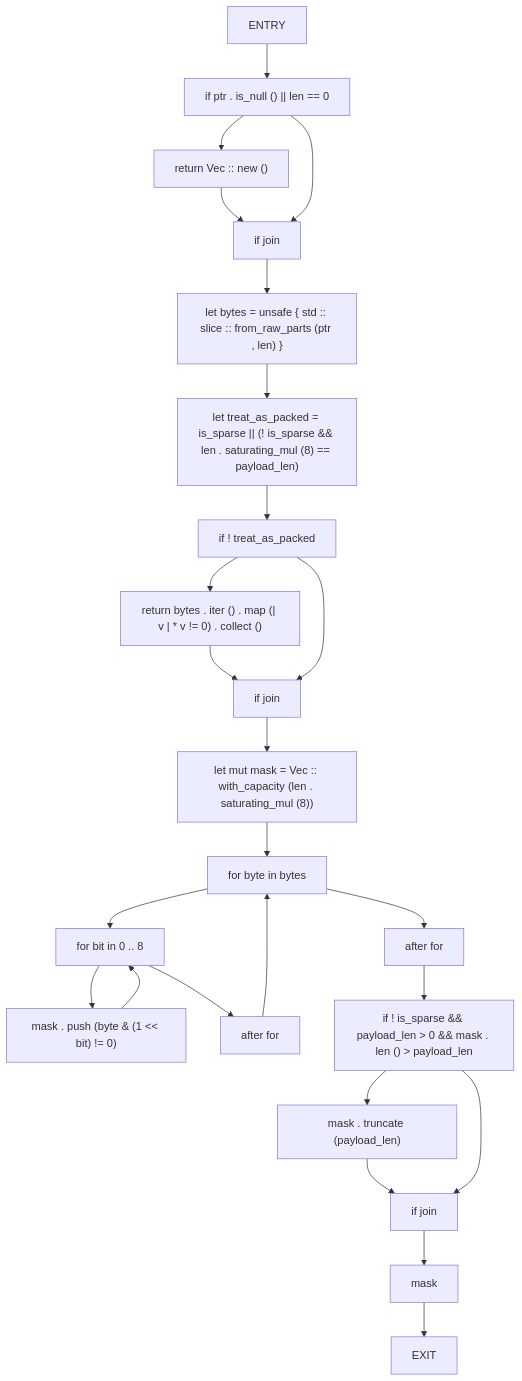
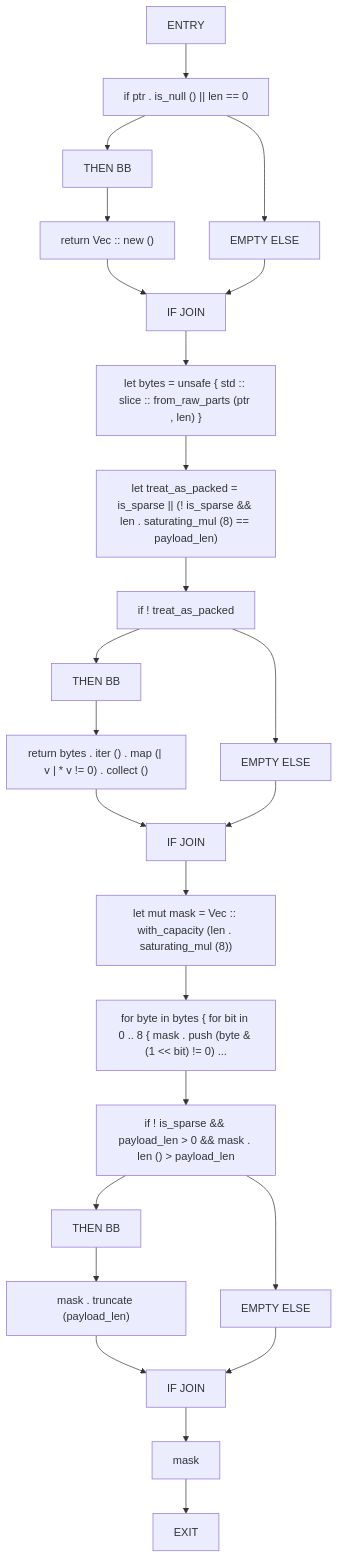
One commit to cicero-violate/MMSB changed the third of 56 diagrams in docs/analysis/cfg/080-src-ffi_rs.md. Above: the diagram before and after it, drawn with Mermaid. The commit also changed other lines of this file and 865 other files, not shown here.

````diff
--- a/docs/analysis/cfg/080-src-ffi_rs.md
+++ b/docs/analysis/cfg/080-src-ffi_rs.md
@@ -52,47 +56,49 @@
 ```mermaid
 flowchart TD
     mask_from_bytes_0["ENTRY"]
     mask_from_bytes_1["if ptr . is_null () || len == 0"]
-    mask_from_bytes_2["return Vec :: new ()"]
-    mask_from_bytes_3["if join"]
-    mask_from_bytes_4["let bytes = unsafe { std :: slice :: from_raw_parts (ptr , len) }"]
-    mask_from_bytes_5["let treat_as_packed = is_sparse || (! is_sparse && len . saturating_mul (8) == payload_len)"]
-    mask_from_bytes_6["if ! treat_as_packed"]
-    mask_from_bytes_7["return bytes . iter () . map (| v | * v != 0) . collect ()"]
-    mask_from_bytes_8["if join"]
-    mask_from_bytes_9["let mut mask = Vec :: with_capacity (len . saturating_mul (8))"]
-    mask_from_bytes_10["for byte in bytes"]
-    mask_from_bytes_11["for bit in 0 .. 8"]
-    mask_from_bytes_12["mask . push (byte & (1 << bit) != 0)"]
-    mask_from_bytes_13["after for"]
-    mask_from_bytes_14["after for"]
+    mask_from_bytes_2["THEN BB"]
+    mask_from_bytes_3["return Vec :: new ()"]
+    mask_from_bytes_4["EMPTY ELSE"]
+    mask_from_bytes_5["IF JOIN"]
+    mask_from_bytes_6["let bytes = unsafe { std :: slice :: from_raw_parts (ptr , len) }"]
+    mask_from_bytes_7["let treat_as_packed = is_sparse || (! is_sparse && len . saturating_mul (8) == payload_len)"]
+    mask_from_bytes_8["if ! treat_as_packed"]
+    mask_from_bytes_9["THEN BB"]
+    mask_from_bytes_10["return bytes . iter () . map (| v | * v != 0) . collect ()"]
+    mask_from_bytes_11["EMPTY ELSE"]
+    mask_from_bytes_12["IF JOIN"]
+    mask_from_bytes_13["let mut mask = Vec :: with_capacity (len . saturating_mul (8))"]
+    mask_from_bytes_14["for byte in bytes { for bit in 0 .. 8 { mask . push (byte & (1 << bit) != 0) ..."]
     mask_from_bytes_15["if ! is_sparse && payload_len > 0 && mask . len () > payload_len"]
-    mask_from_bytes_16["mask . truncate (payload_len)"]
-    mask_from_bytes_17["if join"]
-    mask_from_bytes_18["mask"]
-    mask_from_bytes_19["EXIT"]
+    mask_from_bytes_16["THEN BB"]
+    mask_from_bytes_17["mask . truncate (payload_len)"]
+    mask_from_bytes_18["EMPTY ELSE"]
+    mask_from_bytes_19["IF JOIN"]
+    mask_from_bytes_20["mask"]
+    mask_from_bytes_21["EXIT"]
     mask_from_bytes_0 --> mask_from_bytes_1
     mask_from_bytes_1 --> mask_from_bytes_2
     mask_from_bytes_2 --> mask_from_bytes_3
-    mask_from_bytes_1 --> mask_from_bytes_3
-    mask_from_bytes_3 --> mask_from_bytes_4
+    mask_from_bytes_1 --> mask_from_bytes_4
+    mask_from_bytes_3 --> mask_from_bytes_5
     mask_from_bytes_4 --> mask_from_bytes_5
     mask_from_bytes_5 --> mask_from_bytes_6
     mask_from_bytes_6 --> mask_from_bytes_7
     mask_from_bytes_7 --> mask_from_bytes_8
-    mask_from_bytes_6 --> mask_from_bytes_8
     mask_from_bytes_8 --> mask_from_bytes_9
     mask_from_bytes_9 --> mask_from_bytes_10
-    mask_from_bytes_10 --> mask_from_bytes_11
+    mask_from_bytes_8 --> mask_from_bytes_11
+    mask_from_bytes_10 --> mask_from_bytes_12
     mask_from_bytes_11 --> mask_from_bytes_12
-    mask_from_bytes_12 --> mask_from_bytes_11
-    mask_from_bytes_11 --> mask_from_bytes_13
-    mask_from_bytes_13 --> mask_from_bytes_10
-    mask_from_bytes_10 --> mask_from_bytes_14
+    mask_from_bytes_12 --> mask_from_bytes_13
+    mask_from_bytes_13 --> mask_from_bytes_14
     mask_from_bytes_14 --> mask_from_bytes_15
     mask_from_bytes_15 --> mask_from_bytes_16
     mask_from_bytes_16 --> mask_from_bytes_17
-    mask_from_bytes_15 --> mask_from_bytes_17
-    mask_from_bytes_17 --> mask_from_bytes_18
+    mask_from_bytes_15 --> mask_from_bytes_18
+    mask_from_bytes_17 --> mask_from_bytes_19
     mask_from_bytes_18 --> mask_from_bytes_19
+    mask_from_bytes_19 --> mask_from_bytes_20
+    mask_from_bytes_20 --> mask_from_bytes_21
 ```
````
